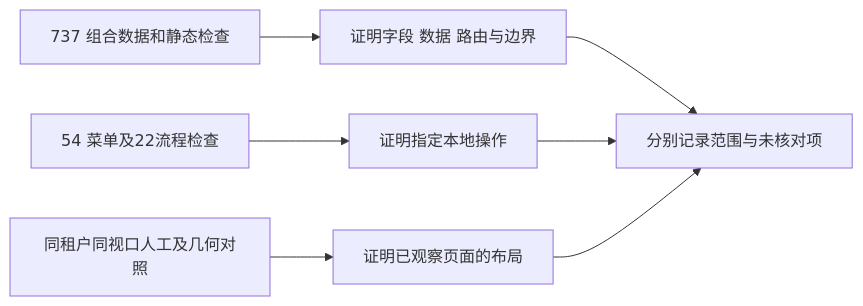
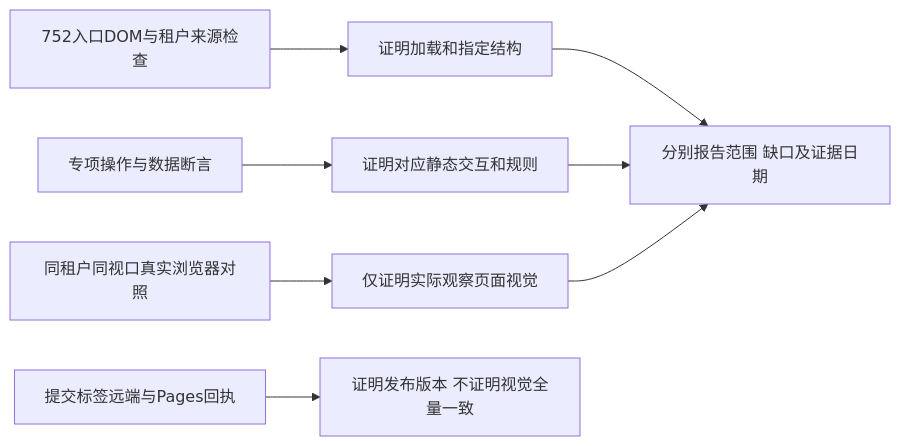
Before and after one commit to xfang9528-glitch/suiyin-admin: the seventh of 7 diagrams in flowcharts/admin-live-reference.md, drawn with Mermaid. The commit also changed other lines of this file and 195 other files, not shown here.

````diff
--- a/flowcharts/admin-live-reference.md
+++ b/flowcharts/admin-live-reference.md
@@ -84,9 +128,10 @@
 ```mermaid
 flowchart LR
-    Data[737 组合数据和静态检查] --> DataResult[证明字段 数据 路由与边界]
-    Flow[54 菜单及22流程检查] --> FlowResult[证明指定本地操作]
-    Visual[同租户同视口人工及几何对照] --> VisualResult[证明已观察页面的布局]
-    DataResult --> Limits[分别记录范围与未核对项]
-    FlowResult --> Limits
-    VisualResult --> Limits
+    DOM[752入口DOM与租户来源检查] --> Structure[证明加载和指定结构]
+    Flows[专项操作与数据断言] --> Behavior[证明对应静态交互和规则]
+    Visual[同租户同视口真实浏览器对照] --> Pixels[仅证明实际观察页面视觉]
+    Structure --> Report[分别报告范围 缺口及证据日期]
+    Behavior --> Report
+    Pixels --> Report
+    Remote[提交标签远端与Pages回执] --> Delivery[证明发布版本 不证明视觉全量一致]
 ```
````
